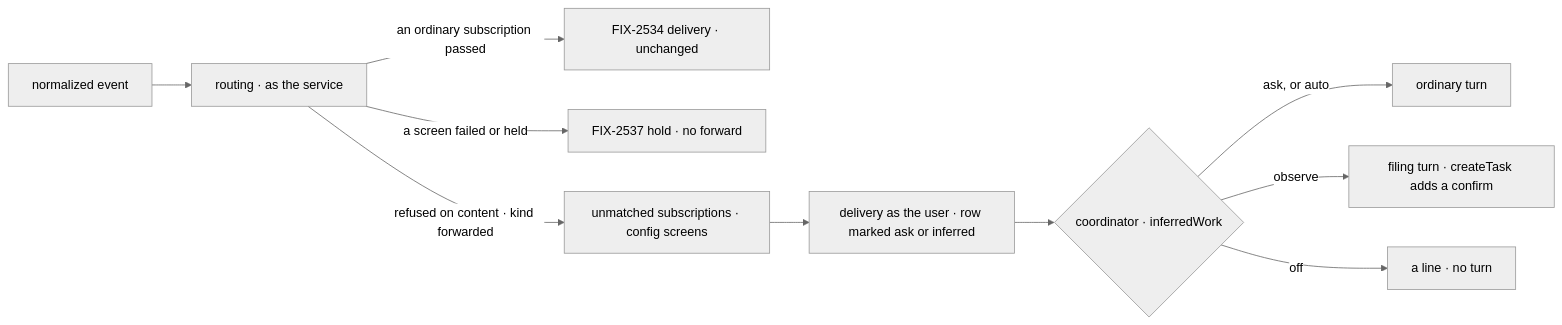
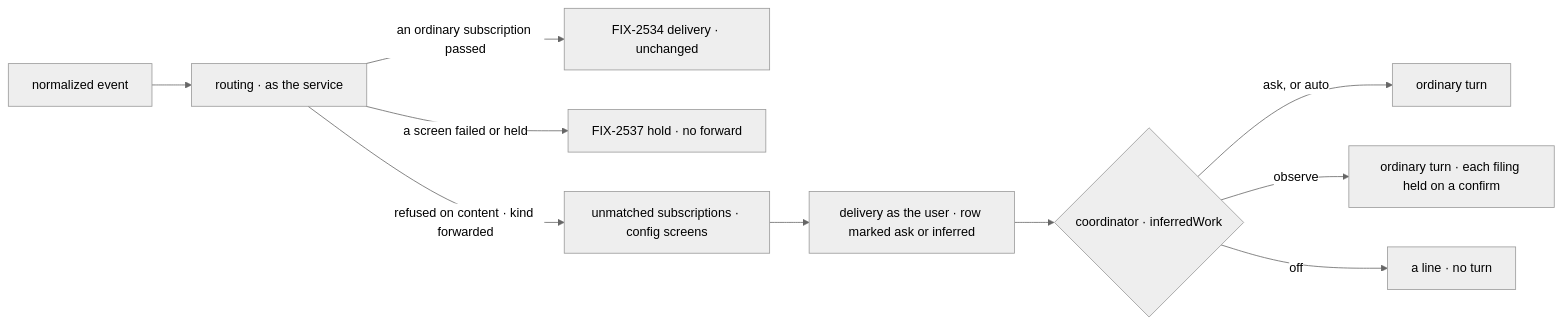
The third of 3 diagrams in specs/issues/FIX-2538/SPEC.md (fixpoint-labs/flow-state-dev), drawn with Mermaid (neutral theme) before and after one commit. The commit also changed other lines of this file and 2 other files, not shown here.

````diff
--- a/specs/issues/FIX-2538/SPEC.md
+++ b/specs/issues/FIX-2538/SPEC.md
@@ -94,12 +95,12 @@
 ```mermaid
 flowchart LR
   E["normalized event"] --> R["routing · as the service"]
   R -->|"an ordinary subscription passed"| D["FIX-2534 delivery · unchanged"]
   R -->|"a screen failed or held"| H0["FIX-2537 hold · no forward"]
   R -->|"refused on content · kind forwarded"| U["unmatched subscriptions · config screens"]
   U --> M["delivery as the user · row marked ask or inferred"]
   M --> T{"coordinator · inferredWork"}
   T -->|"ask, or auto"| W["ordinary turn"]
-  T -->|"observe"| H["filing turn · createTask adds a confirm"]
+  T -->|"observe"| H["ordinary turn · each filing held on a confirm"]
   T -->|"off"| N["a line · no turn"]
 ```
````
